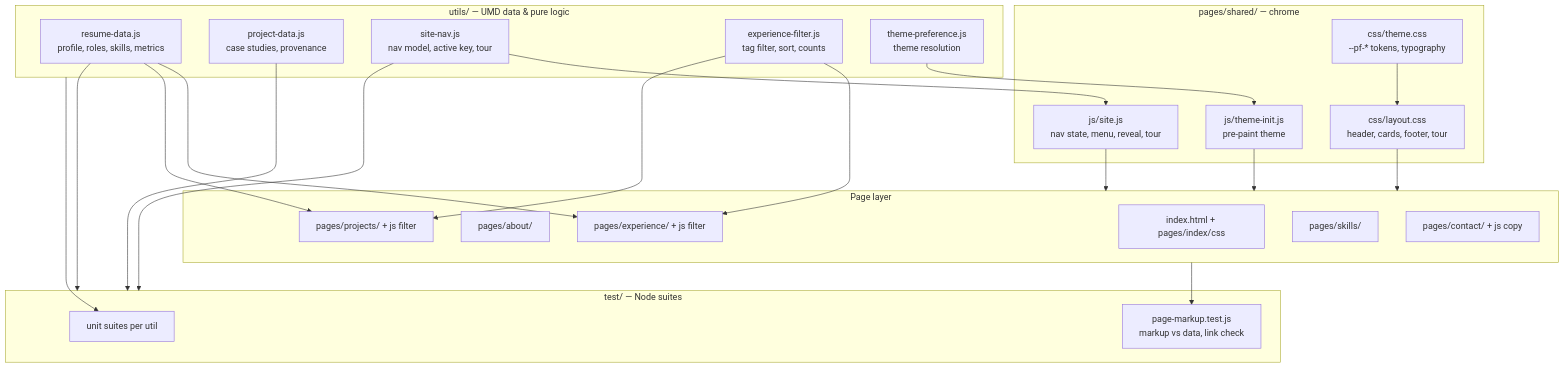
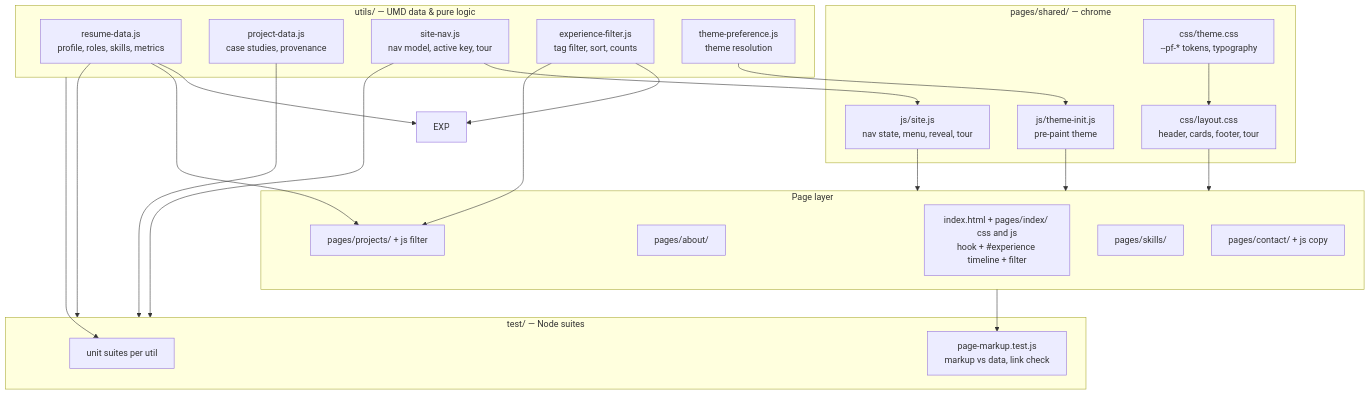
The first of 2 diagrams in docs/architecture.md (Jamieatucker/portfolio), drawn with Mermaid before and after one commit. The commit also changed other lines of this file and 13 other files, not shown here.

````diff
--- a/docs/architecture.md
+++ b/docs/architecture.md
@@ -22,47 +22,46 @@
 ```mermaid
 flowchart TD
     subgraph Data["utils/ — UMD data & pure logic"]
         RD[resume-data.js<br/>profile, roles, skills, metrics]
         PD[project-data.js<br/>case studies, provenance]
         SN[site-nav.js<br/>nav model, active key, tour]
         EF[experience-filter.js<br/>tag filter, sort, counts]
         TP[theme-preference.js<br/>theme resolution]
     end
 
     subgraph Shared["pages/shared/ — chrome"]
         TH[css/theme.css<br/>--pf-* tokens, typography]
         LO[css/layout.css<br/>header, cards, footer, tour]
         TI[js/theme-init.js<br/>pre-paint theme]
         ST[js/site.js<br/>nav state, menu, reveal, tour]
     end
 
     subgraph Pages["Page layer"]
-        HOME[index.html + pages/index/css]
+        HOME[index.html + pages/index/ css and js<br/>hook + #experience timeline + filter]
         ABOUT[pages/about/]
-        EXP[pages/experience/ + js filter]
         PROJ[pages/projects/ + js filter]
         SKILL[pages/skills/]
         CONTACT[pages/contact/ + js copy]
     end
 
     subgraph Verify["test/ — Node suites"]
         UT[unit suites per util]
         MK[page-markup.test.js<br/>markup vs data, link check]
     end
 
     TP --> TI
     SN --> ST
     TH --> LO
     LO --> Pages
     TI --> Pages
     ST --> Pages
     RD --> EXP
     RD --> PROJ
     EF --> EXP
     EF --> PROJ
     PD --> Verify
     RD --> Verify
     SN --> Verify
     Pages --> MK
     Data --> UT
 ```
````
